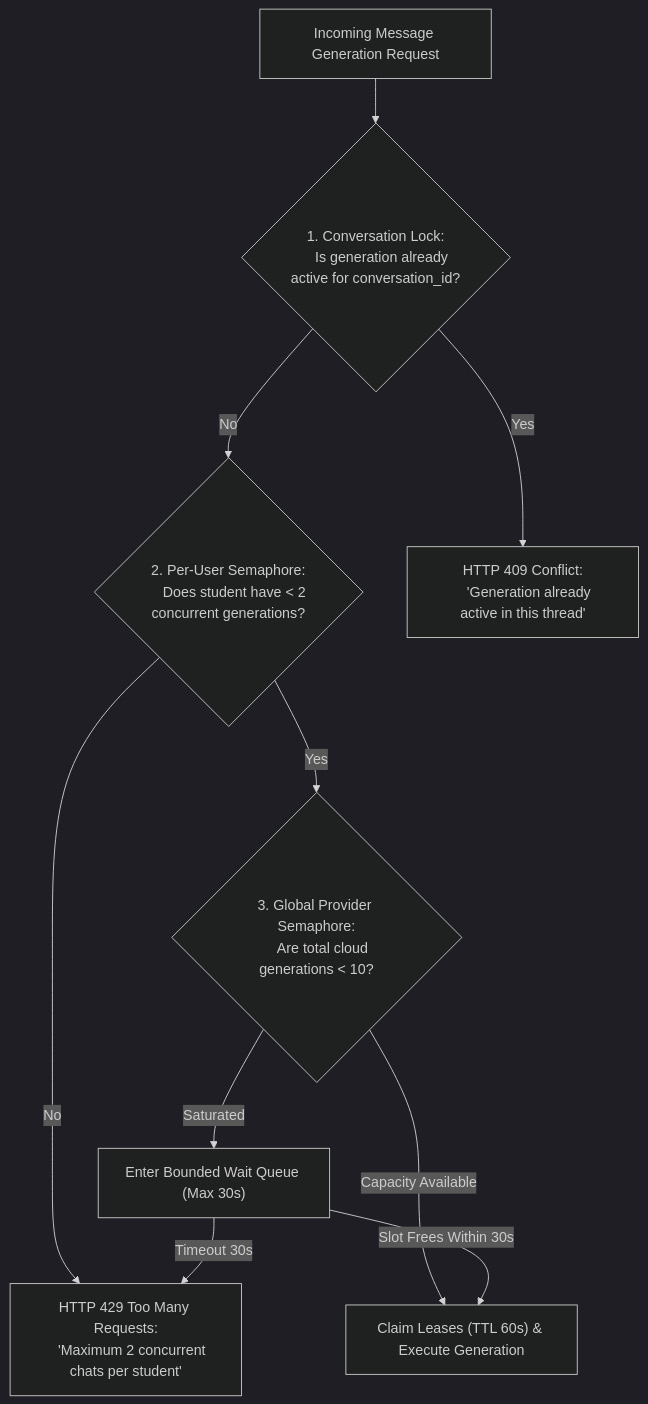
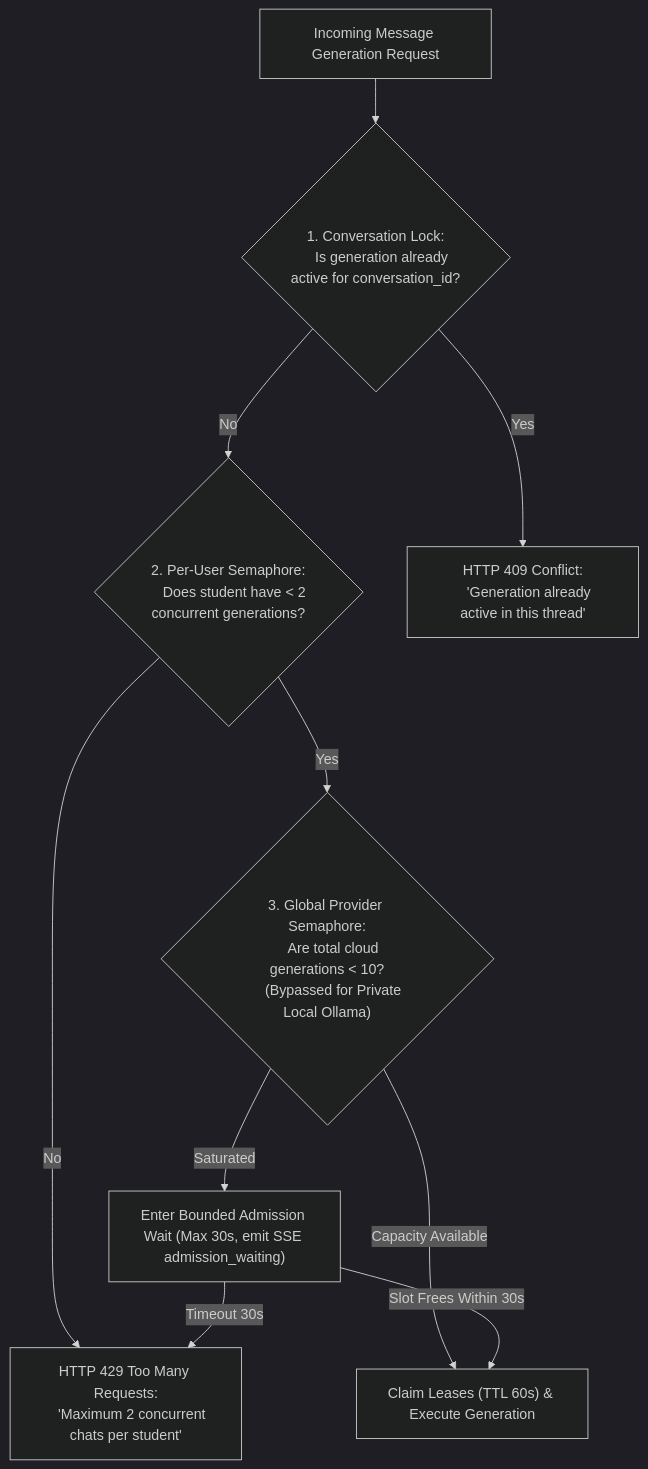
One commit to rimmon1234/RagBait changed the second of 2 diagrams in docs/phase4/GENERATION_RELIABILITY_AND_LOAD_PLAN.md. Above: the diagram before and after it, drawn with Mermaid (dark theme). The commit also changed other lines of this file and 11 other files, not shown here.

Commit message:
docs(phase4): refine embedding, provenance and generation architecture

````diff
--- a/docs/phase4/GENERATION_RELIABILITY_AND_LOAD_PLAN.md
+++ b/docs/phase4/GENERATION_RELIABILITY_AND_LOAD_PLAN.md
@@ -50,30 +55,31 @@
 ```mermaid
 flowchart TD
     Req["Incoming Message Generation Request"]
     
     ConvLock{"1. Conversation Lock:
     Is generation already active for conversation_id?"}
     UserLock{"2. Per-User Semaphore:
     Does student have < 2 concurrent generations?"}
     GlobalLock{"3. Global Provider Semaphore:
-    Are total cloud generations < 10?"}
+    Are total cloud generations < 10?
+    (Bypassed for Private Local Ollama)"}
     
     Proceed["Claim Leases (TTL 60s) & Execute Generation"]
     RejectConv["HTTP 409 Conflict:
     'Generation already active in this thread'"]
     RejectUser["HTTP 429 Too Many Requests:
     'Maximum 2 concurrent chats per student'"]
-    QueueWait["Enter Bounded Wait Queue (Max 30s)"]
+    QueueWait["Enter Bounded Admission Wait (Max 30s, emit SSE admission_waiting)"]
     
     Req --> ConvLock
     ConvLock -- Yes --> RejectConv
     ConvLock -- No --> UserLock
     
     UserLock -- No --> RejectUser
     UserLock -- Yes --> GlobalLock
     
     GlobalLock -- Capacity Available --> Proceed
     GlobalLock -- Saturated --> QueueWait
     QueueWait -- Slot Frees Within 30s --> Proceed
     QueueWait -- Timeout 30s --> RejectUser
 ```
````
